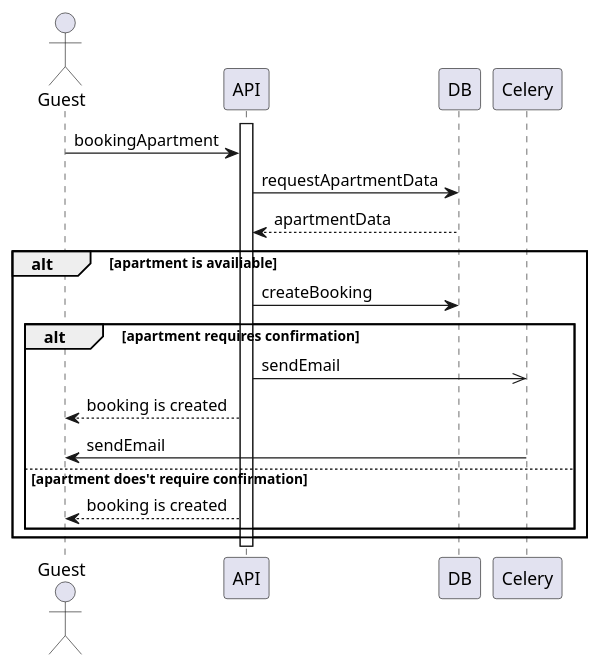
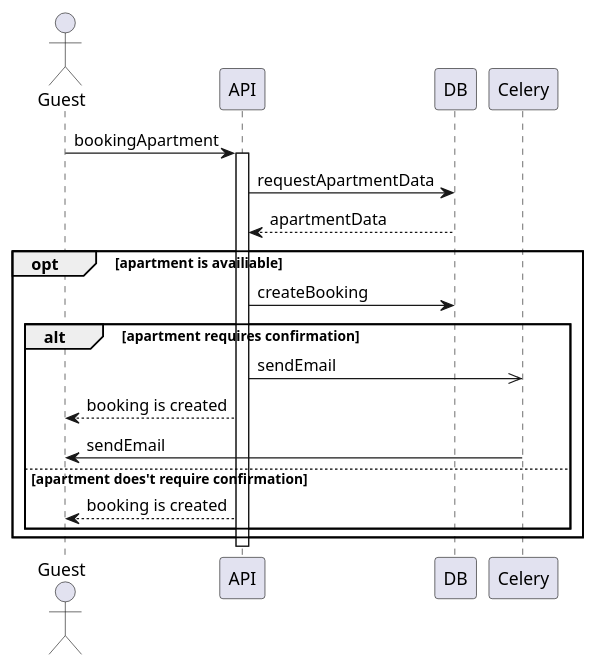
One commit to opvlad/kpi-mavpz changed the diagram in lab3/sequence-2.md. Above: the diagram before and after it, drawn with PlantUML. The commit also changed 3 other files, not shown here.

````diff
--- a/lab3/sequence-2.md
+++ b/lab3/sequence-2.md
@@ -2,27 +2,25 @@
 ```plantuml
 @startuml
 
 actor Guest as guest
-activate API
-
 
 guest -> API : bookingApartment
+
+activate API
 API -> DB : requestApartmentData
 DB --> API : apartmentData
 
-alt apartment is availiable
+opt apartment is availiable
 API -> DB : createBooking
-
 alt apartment requires confirmation
 API ->> Celery : sendEmail
 API --> guest : booking is created
 Celery -> guest : sendEmail
 else apartment does't require confirmation
 API --> guest : booking is created
 end
 end
+deactivate API
 
-
-deactivate API
 @enduml
 ```
````
